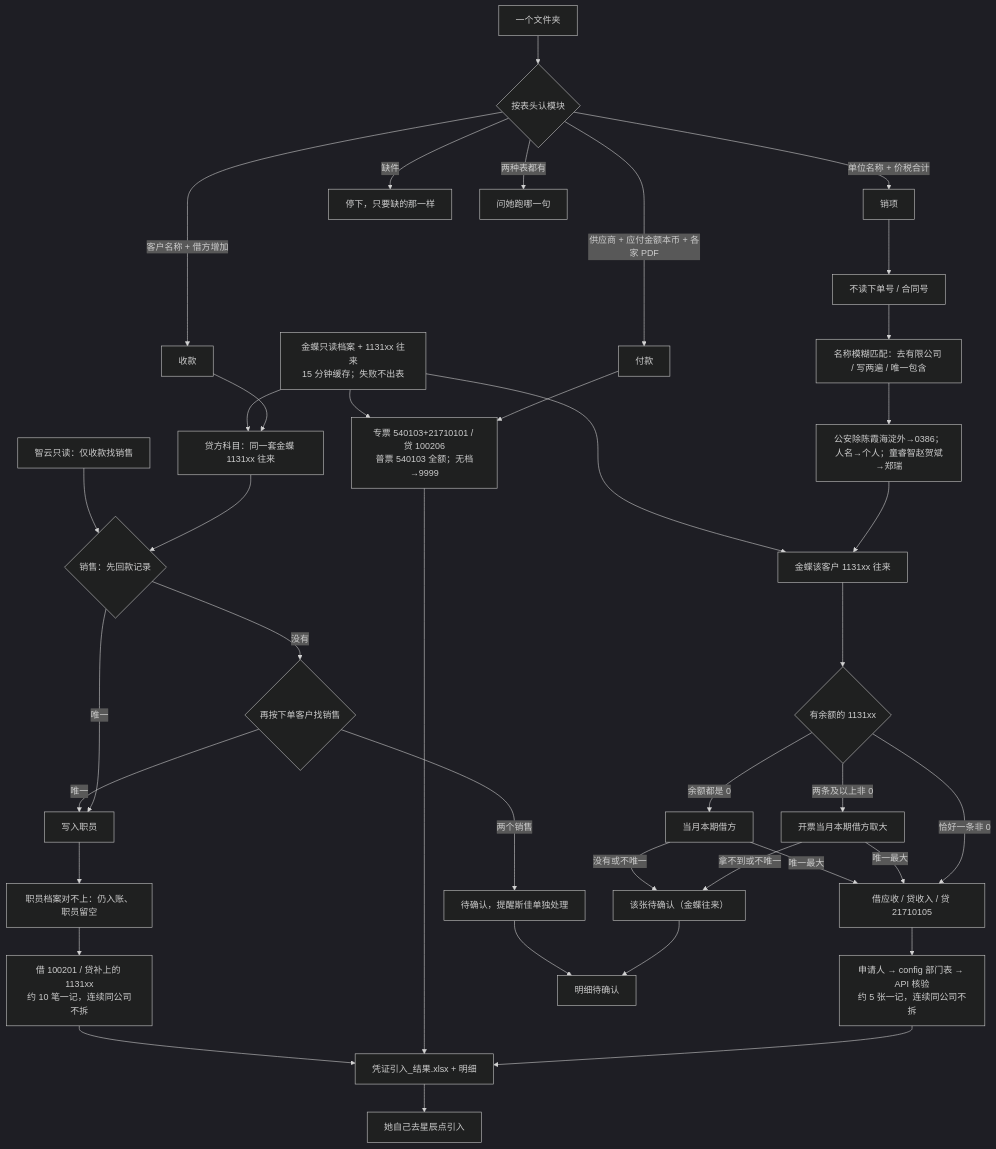
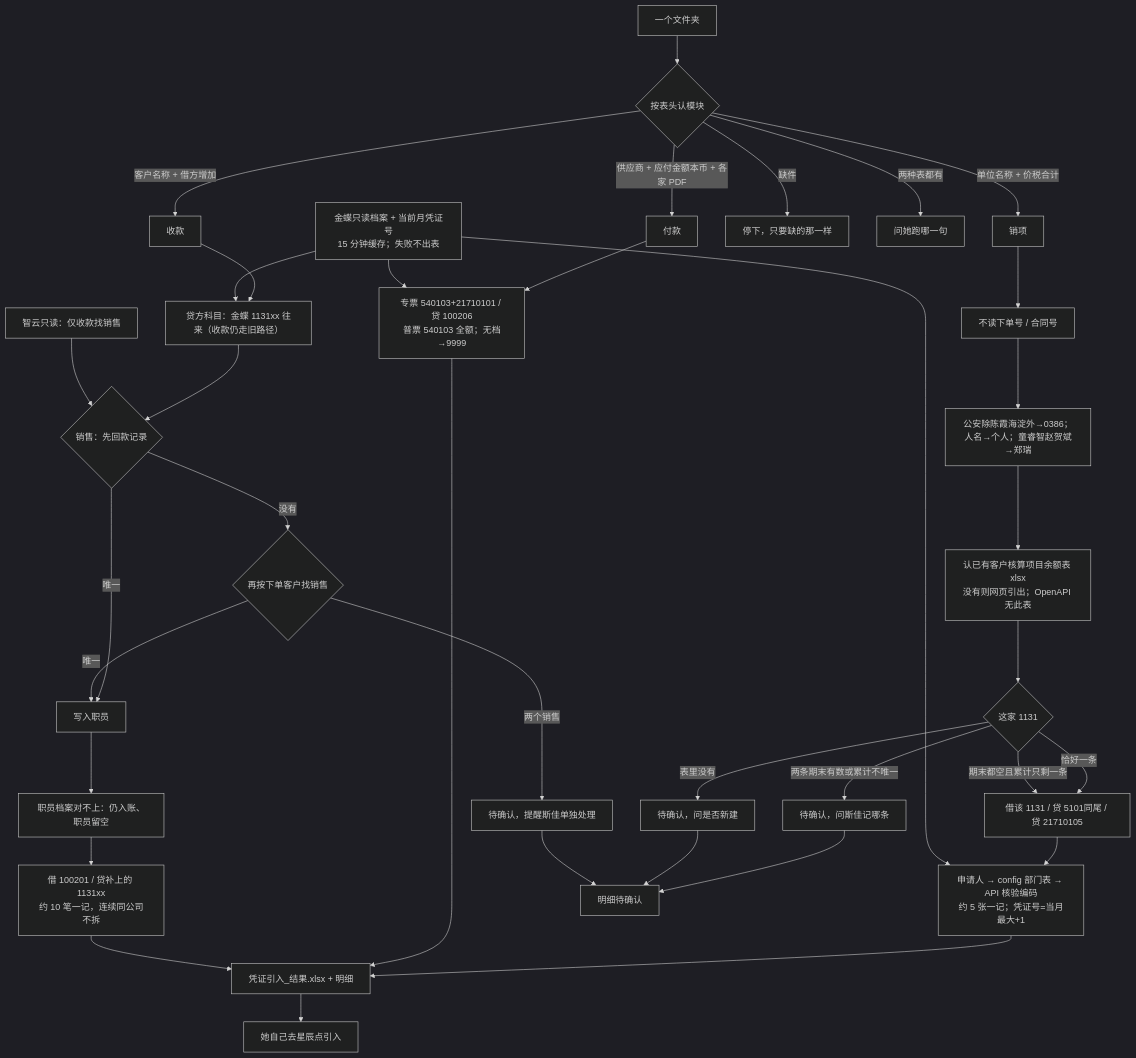
One commit to EvanLee2004/finance-skills changed the diagram in skills/kingdee-posting/README.md. Above: the diagram before and after it, drawn with Mermaid (dark theme). The commit also changed other lines of this file and 14 other files, not shown here.

````diff
--- a/skills/kingdee-posting/README.md
+++ b/skills/kingdee-posting/README.md
@@ -53,41 +53,38 @@
 ```mermaid
 flowchart TD
   A["一个文件夹"] --> B{"按表头认模块"}
   B -->|单位名称 + 价税合计| S["销项"]
   B -->|供应商 + 应付金额本币 + 各家 PDF| P["付款"]
   B -->|客户名称 + 借方增加| R["收款"]
   B -->|缺件| M["停下，只要缺的那一样"]
   B -->|两种表都有| Q["问她跑哪一句"]
   S --> S1["不读下单号 / 合同号"]
-  S1 --> S1b["名称模糊匹配：去有限公司 / 写两遍 / 唯一包含"]
-  S1b --> S1c["公安除陈霞海淀外→0386；人名→个人；童睿智赵贺斌→郑瑞"]
-  S1c --> S2["金蝶该客户 1131xx 往来"]
-  S2 --> S3{"有余额的 1131xx"}
-  S3 -->|恰好一条非 0| S4["借应收 / 贷收入 / 贷 21710105"]
-  S3 -->|两条及以上非 0| S5["开票当月本期借方取大"]
-  S3 -->|余额都是 0| S3b["当月本期借方"]
-  S5 -->|拿不到或不唯一| SH["该张待确认（金蝶往来）"]
-  S5 -->|唯一最大| S4
-  S3b -->|唯一最大| S4
-  S3b -->|没有或不唯一| SH
-  S4 --> S6["申请人 → config 部门表 → API 核验<br/>约 5 张一记，连续同公司不拆"]
+  S1 --> S1c["公安除陈霞海淀外→0386；人名→个人；童睿智赵贺斌→郑瑞"]
+  S1c --> S2["认已有客户核算项目余额表 xlsx<br/>没有则网页引出；OpenAPI 无此表"]
+  S2 --> S3{"这家 1131"}
+  S3 -->|恰好一条| S4["借该 1131 / 贷 5101同尾 / 贷 21710105"]
+  S3 -->|两条期末有数或累计不唯一| SH["待确认，问斯佳记哪条"]
+  S3 -->|期末都空且累计只剩一条| S4
+  S3 -->|表里没有| SN["待确认，问是否新建"]
+  S4 --> S6["申请人 → config 部门表 → API 核验编码<br/>约 5 张一记；凭证号=当月最大+1"]
   P --> P1["专票 540103+21710101 / 贷 100206<br/>普票 540103 全额；无档→9999"]
-  R --> R1["贷方科目：同一套金蝶 1131xx 往来"]
+  R --> R1["贷方科目：金蝶 1131xx 往来（收款仍走旧路径）"]
   R1 --> R2{"销售：先回款记录"}
   R2 -->|唯一| R4["写入职员"]
   R2 -->|没有| R3{"再按下单客户找销售"}
   R3 -->|唯一| R4
   R3 -->|两个销售| RH["待确认，提醒斯佳单独处理"]
   R4 --> R5["职员档案对不上：仍入账、职员留空"]
   R5 --> R6["借 100201 / 贷补上的 1131xx<br/>约 10 笔一记，连续同公司不拆"]
   S6 --> O["凭证引入_结果.xlsx + 明细"]
   P1 --> O
   R6 --> O
   SH --> D["明细待确认"]
+  SN --> D
   RH --> D
   O --> H["她自己去星辰点引入"]
-  K["金蝶只读档案 + 1131xx 往来<br/>15 分钟缓存；失败不出表"] --> S2
+  K["金蝶只读档案 + 当前月凭证号<br/>15 分钟缓存；失败不出表"] --> S6
   K --> P1
   K --> R1
   Z["智云只读：仅收款找销售"] --> R2
 ```
````
